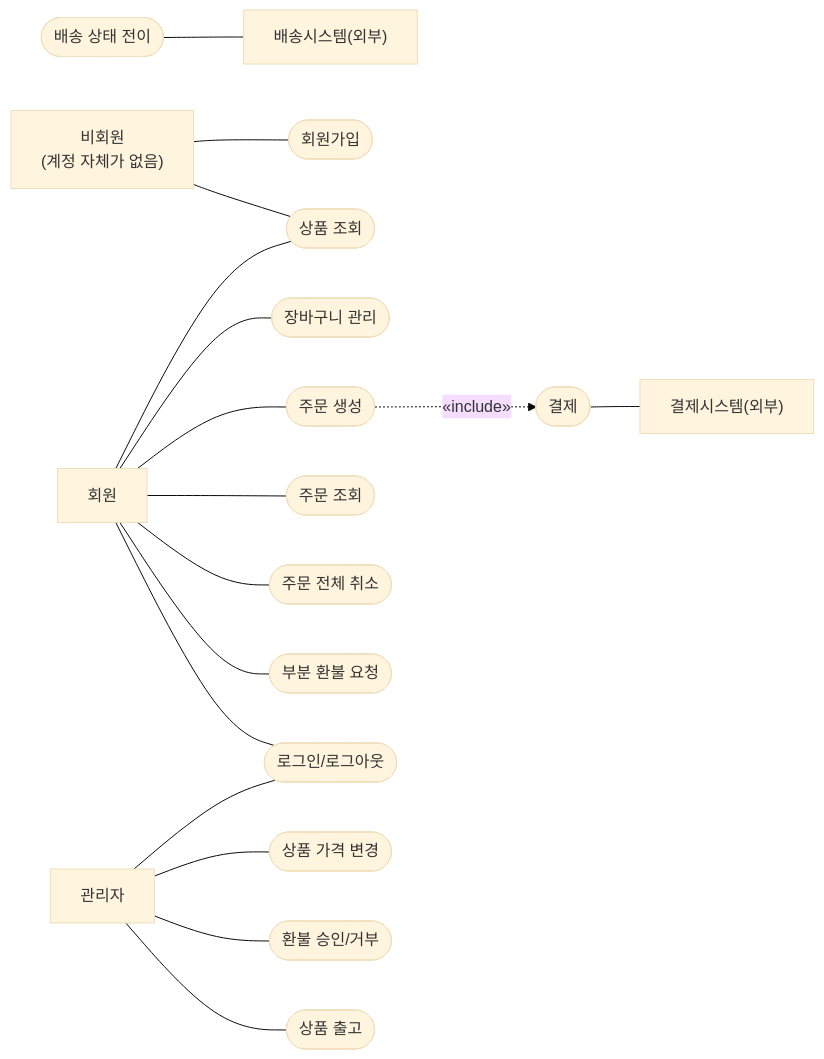
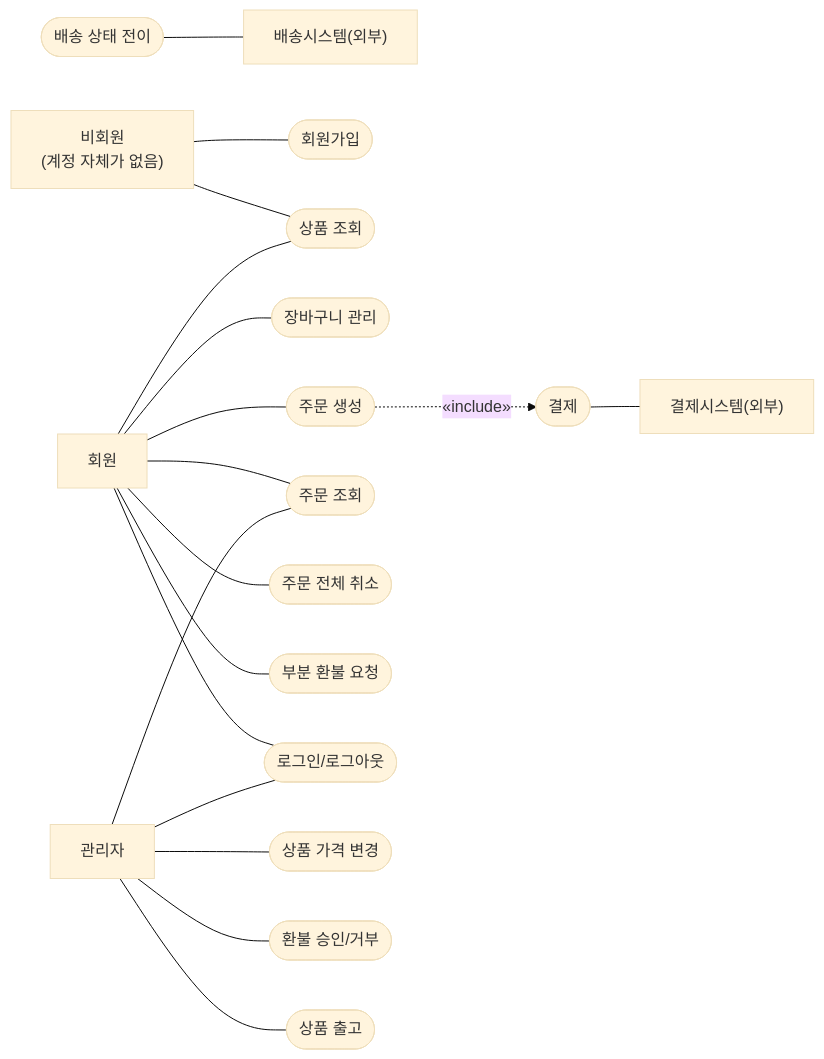
The diagram in design/usecase-diagram.mmd (2026-SW-Engineering/vibe-coding-with-process), drawn with Mermaid (base theme) before and after one commit. The commit also changed 2 other files, not shown here.

```diff
--- a/design/usecase-diagram.mmd
+++ b/design/usecase-diagram.mmd
@@ -1,52 +1,53 @@
 %% 쇼핑몰 주문 시스템 - 유스케이스 다이어그램
 %% Mermaid는 표준 UML 유스케이스 표기를 직접 지원하지 않으므로 flowchart로 표현한다.
 %% 사각형 = 행위자(Actor), 둥근 모서리 = 유스케이스, 점선 = <<include>>
 
 flowchart LR
     %% ===== Actors =====
     Guest["비회원<br/>(계정 자체가 없음)"]
     Member["회원"]
     Admin["관리자"]
     PaymentSys["결제시스템(외부)"]
     DeliverySys["배송시스템(외부)"]
 
     %% ===== Use Cases =====
     UC_Signup(["회원가입"])
     UC_ViewProduct(["상품 조회"])
     UC_Cart(["장바구니 관리"])
     UC_CreateOrder(["주문 생성"])
     UC_Payment(["결제"])
     UC_ViewOrder(["주문 조회"])
     UC_CancelOrder(["주문 전체 취소"])
     UC_PartialRefund(["부분 환불 요청"])
     UC_Auth(["로그인/로그아웃"])
     UC_ChangePrice(["상품 가격 변경"])
     UC_RefundDecision(["환불 승인/거부"])
     UC_Shipout(["상품 출고"])
     UC_DeliveryState(["배송 상태 전이"])
 
     %% ===== 비회원 =====
     Guest --- UC_Signup
     Guest --- UC_ViewProduct
 
     %% ===== 회원 =====
     Member --- UC_ViewProduct
     Member --- UC_Cart
     Member --- UC_CreateOrder
     Member --- UC_ViewOrder
     Member --- UC_CancelOrder
     Member --- UC_PartialRefund
     Member --- UC_Auth
 
     %% ===== 관리자 =====
     Admin --- UC_Auth
+    Admin --- UC_ViewOrder
     Admin --- UC_ChangePrice
     Admin --- UC_RefundDecision
     Admin --- UC_Shipout
 
     %% ===== include 관계 =====
     UC_CreateOrder -. "&laquo;include&raquo;" .-> UC_Payment
 
     %% ===== 외부 시스템 =====
     UC_Payment --- PaymentSys
     UC_DeliveryState --- DeliverySys
```
